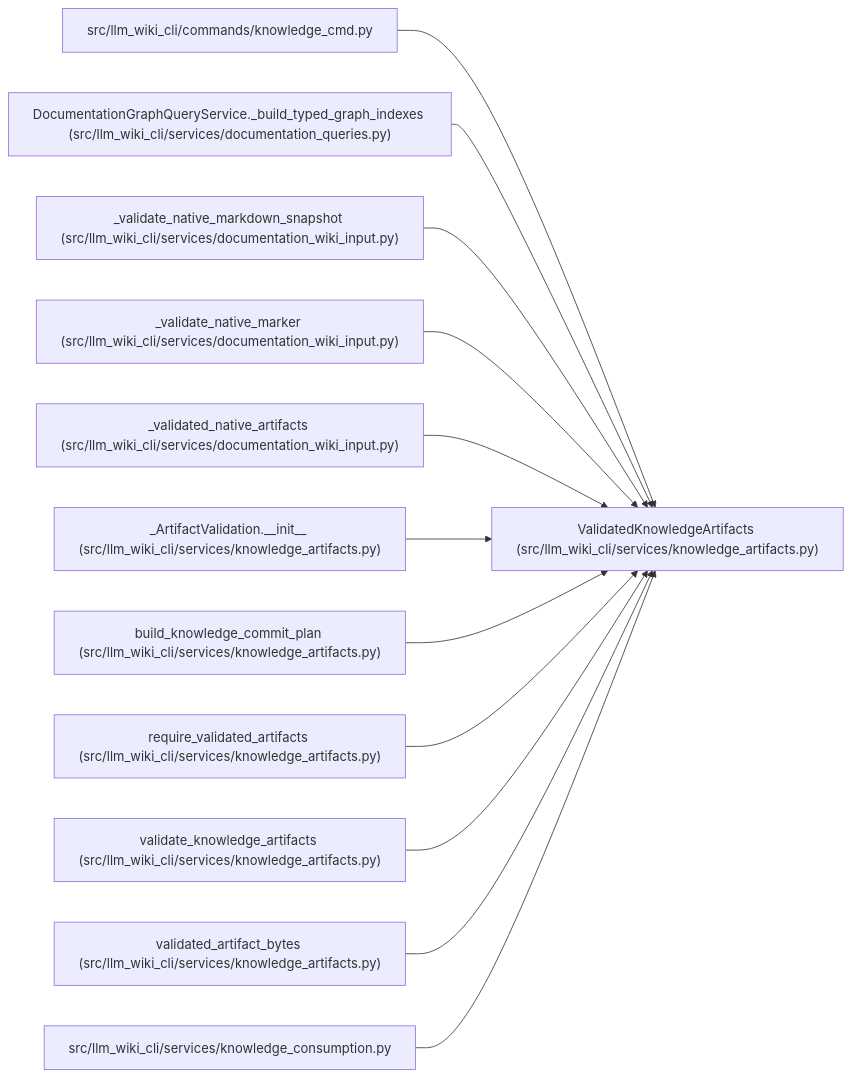
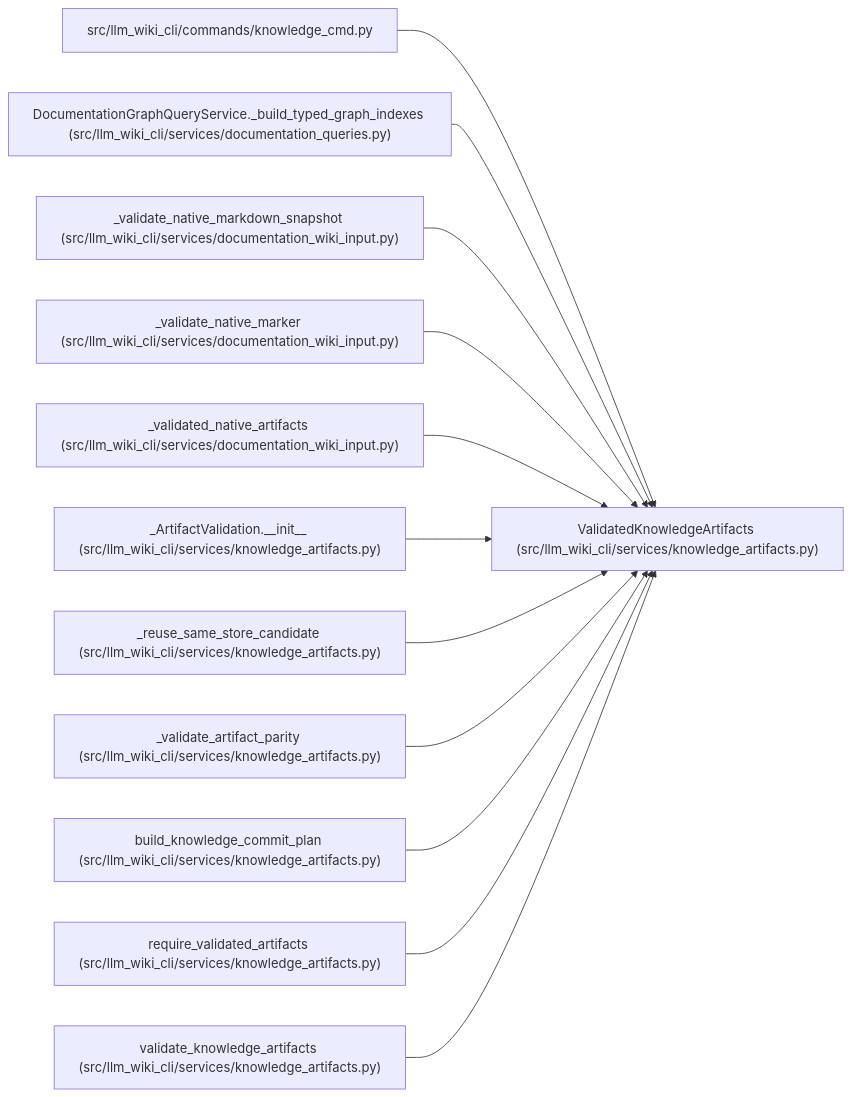
Before and after one commit to Denissvgn/python-wiki-llm: the diagram in docs/llm_wiki/entities/ValidatedKnowledgeArtifacts.md, drawn with Mermaid. The commit also changed other lines of this file and 627 other files, not shown here.

````diff
--- a/docs/llm_wiki/entities/ValidatedKnowledgeArtifacts.md
+++ b/docs/llm_wiki/entities/ValidatedKnowledgeArtifacts.md
@@ -36,38 +36,38 @@
 ```mermaid
 flowchart LR
     n0["ValidatedKnowledgeArtifacts (src/llm_wiki_cli/services/knowledge_artifacts.py)"]
     n1["src/llm_wiki_cli/commands/knowledge_cmd.py"]
     n2["DocumentationGraphQueryService._build_typed_graph_indexes (src/llm_wiki_cli/services/documentation_queries.py)"]
     n3["_validate_native_markdown_snapshot (src/llm_wiki_cli/services/documentation_wiki_input.py)"]
     n4["_validate_native_marker (src/llm_wiki_cli/services/documentation_wiki_input.py)"]
     n5["_validated_native_artifacts (src/llm_wiki_cli/services/documentation_wiki_input.py)"]
     n6["_ArtifactValidation.__init__ (src/llm_wiki_cli/services/knowledge_artifacts.py)"]
-    n7["build_knowledge_commit_plan (src/llm_wiki_cli/services/knowledge_artifacts.py)"]
-    n8["require_validated_artifacts (src/llm_wiki_cli/services/knowledge_artifacts.py)"]
-    n9["validate_knowledge_artifacts (src/llm_wiki_cli/services/knowledge_artifacts.py)"]
-    n10["validated_artifact_bytes (src/llm_wiki_cli/services/knowledge_artifacts.py)"]
-    n11["src/llm_wiki_cli/services/knowledge_consumption.py"]
+    n7["_reuse_same_store_candidate (src/llm_wiki_cli/services/knowledge_artifacts.py)"]
+    n8["_validate_artifact_parity (src/llm_wiki_cli/services/knowledge_artifacts.py)"]
+    n9["build_knowledge_commit_plan (src/llm_wiki_cli/services/knowledge_artifacts.py)"]
+    n10["require_validated_artifacts (src/llm_wiki_cli/services/knowledge_artifacts.py)"]
+    n11["validate_knowledge_artifacts (src/llm_wiki_cli/services/knowledge_artifacts.py)"]
     n1 --> n0
     n2 --> n0
     n3 --> n0
     n4 --> n0
     n5 --> n0
     n6 --> n0
     n7 --> n0
     n8 --> n0
     n9 --> n0
     n10 --> n0
     n11 --> n0
     click n0 "../modules/knowledge_artifacts.md"
     click n1 "../modules/knowledge_cmd.md"
     click n2 "../modules/documentation_queries.md"
     click n3 "../modules/documentation_wiki_input.md"
     click n4 "../modules/documentation_wiki_input.md"
     click n5 "../modules/documentation_wiki_input.md"
     click n6 "../modules/knowledge_artifacts.md"
     click n7 "../modules/knowledge_artifacts.md"
     click n8 "../modules/knowledge_artifacts.md"
     click n9 "../modules/knowledge_artifacts.md"
     click n10 "../modules/knowledge_artifacts.md"
-    click n11 "../modules/knowledge_consumption.md"
+    click n11 "../modules/knowledge_artifacts.md"
 ```
````
